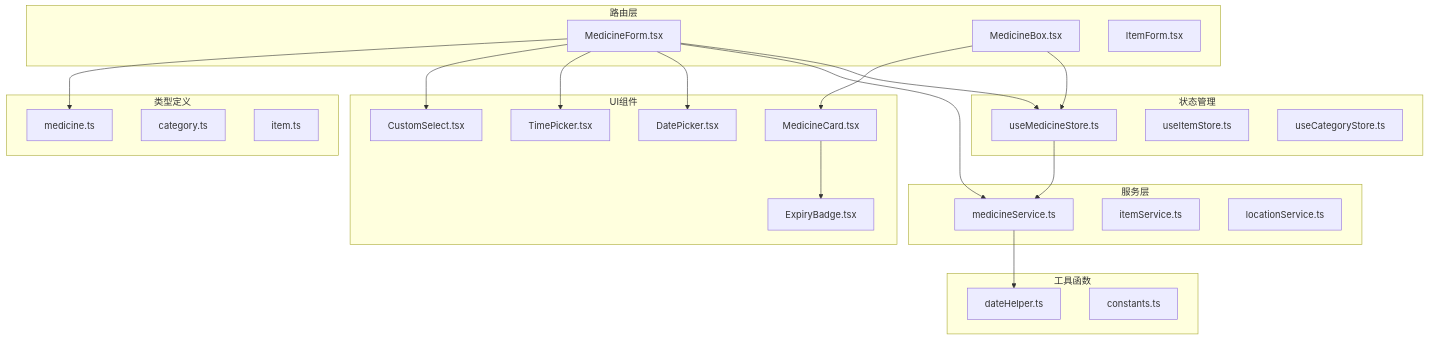
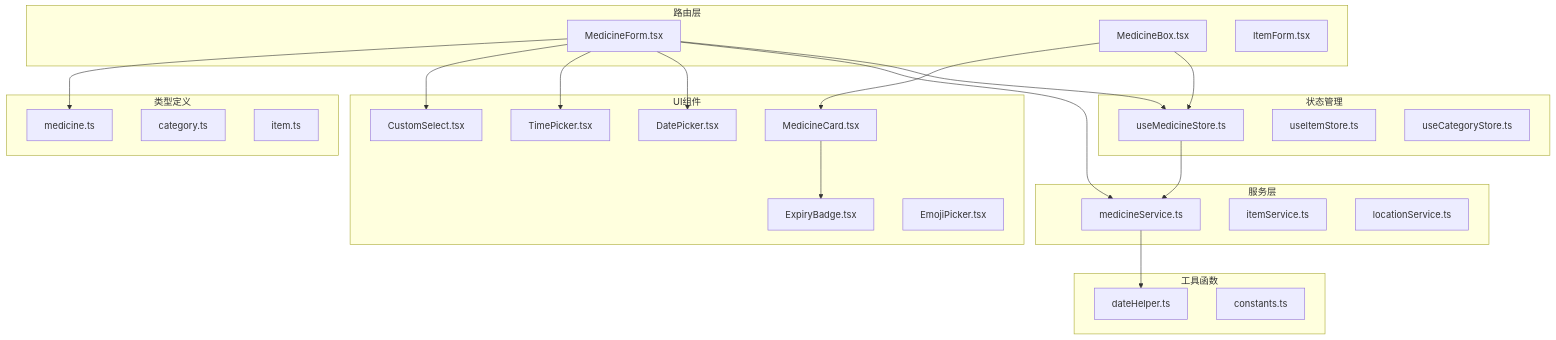
One commit to yn-zxj/Assetly changed the first of 8 diagrams in .qoder/repowiki/zh/content/项目概述/核心功能特性/药箱管理/药品表单编辑.md. Above: the diagram before and after it, drawn with Mermaid. The commit also changed other lines of this file and 9 other files, not shown here.

````diff
--- a/.qoder/repowiki/zh/content/项目概述/核心功能特性/药箱管理/药品表单编辑.md
+++ b/.qoder/repowiki/zh/content/项目概述/核心功能特性/药箱管理/药品表单编辑.md
@@ -50,45 +52,46 @@
 ```mermaid
 graph TB
 subgraph "路由层"
 MF[MedicineForm.tsx]
 MB[MedicineBox.tsx]
 IF[ItemForm.tsx]
 end
 subgraph "类型定义"
 MT[medicine.ts]
 CT[category.ts]
 IT[item.ts]
 end
 subgraph "服务层"
 MS[medicineService.ts]
 IS[itemService.ts]
 LS[locationService.ts]
 end
 subgraph "状态管理"
 UMZ[useMedicineStore.ts]
 UIS[useItemStore.ts]
 UCS[useCategoryStore.ts]
 end
 subgraph "UI组件"
 DP[DatePicker.tsx]
 TP[TimePicker.tsx]
 CS[CustomSelect.tsx]
 EB[ExpiryBadge.tsx]
 MC[MedicineCard.tsx]
+EP[EmojiPicker.tsx]
 end
 subgraph "工具函数"
 DH[dateHelper.ts]
 CN[constants.ts]
 end
 MF --> UMZ
 MF --> MS
 MF --> DP
 MF --> TP
 MF --> CS
 MB --> UMZ
 MB --> MC
 MS --> DH
 UMZ --> MS
 MC --> EB
 MF --> MT
 ```
````
